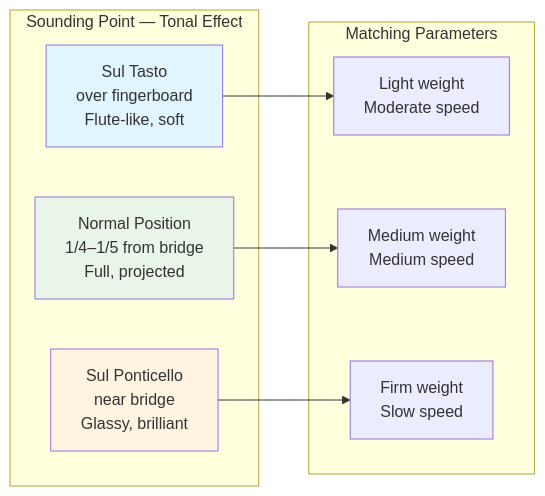
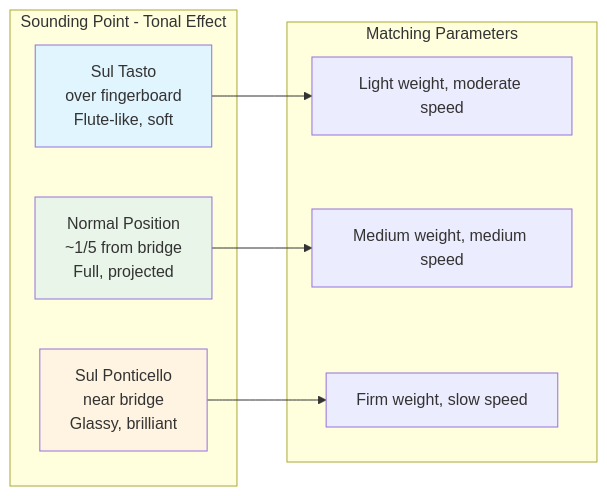
One commit to blebleblee/synapse changed the third of 8 diagrams in topics/arts/music_performance/strings/lesson_01_string_techniques.md. Above: the diagram before and after it, drawn with Mermaid. The commit also changed other lines of this file and 4 other files, not shown here.

````diff
--- a/topics/arts/music_performance/strings/lesson_01_string_techniques.md
+++ b/topics/arts/music_performance/strings/lesson_01_string_techniques.md
@@ -236,22 +235,22 @@
 ```mermaid
 flowchart LR
-    subgraph sub_sp ["Sounding Point — Tonal Effect"]
+    subgraph sub_sp ["Sounding Point - Tonal Effect"]
         SP1["Sul Tasto<br/>over fingerboard<br/>Flute-like, soft"]
-        SP2["Normal Position<br/>1/4–1/5 from bridge<br/>Full, projected"]
+        SP2["Normal Position<br/>~1/5 from bridge<br/>Full, projected"]
         SP3["Sul Ponticello<br/>near bridge<br/>Glassy, brilliant"]
     end
 
     subgraph sub_params ["Matching Parameters"]
-        P1["Light weight<br/>Moderate speed"]
-        P2["Medium weight<br/>Medium speed"]
-        P3["Firm weight<br/>Slow speed"]
+        P1["Light weight, moderate speed"]
+        P2["Medium weight, medium speed"]
+        P3["Firm weight, slow speed"]
     end
 
     SP1 --> P1
     SP2 --> P2
     SP3 --> P3
 
     style SP1 fill:#e1f5ff
     style SP2 fill:#e8f5e8
     style SP3 fill:#fff4e1
 ```
````
